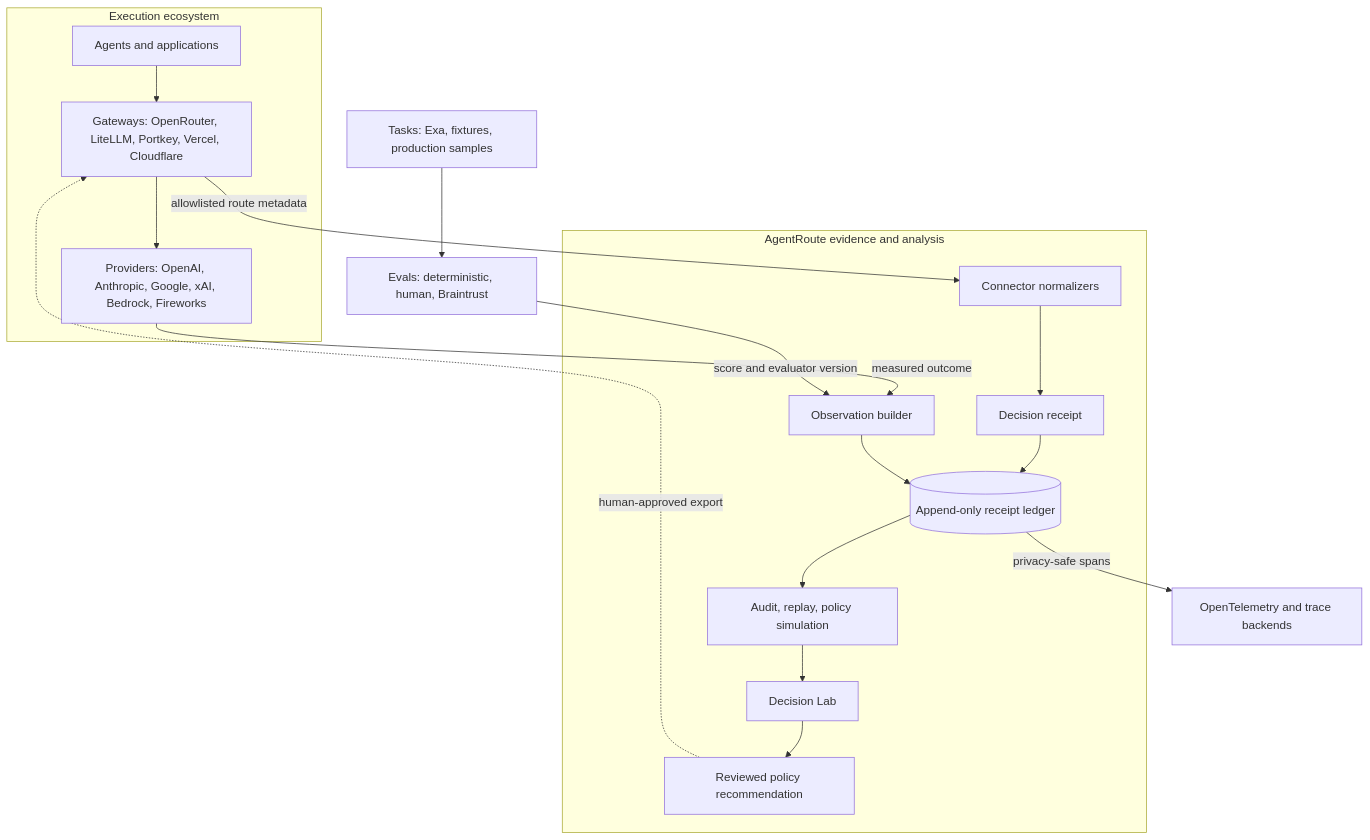
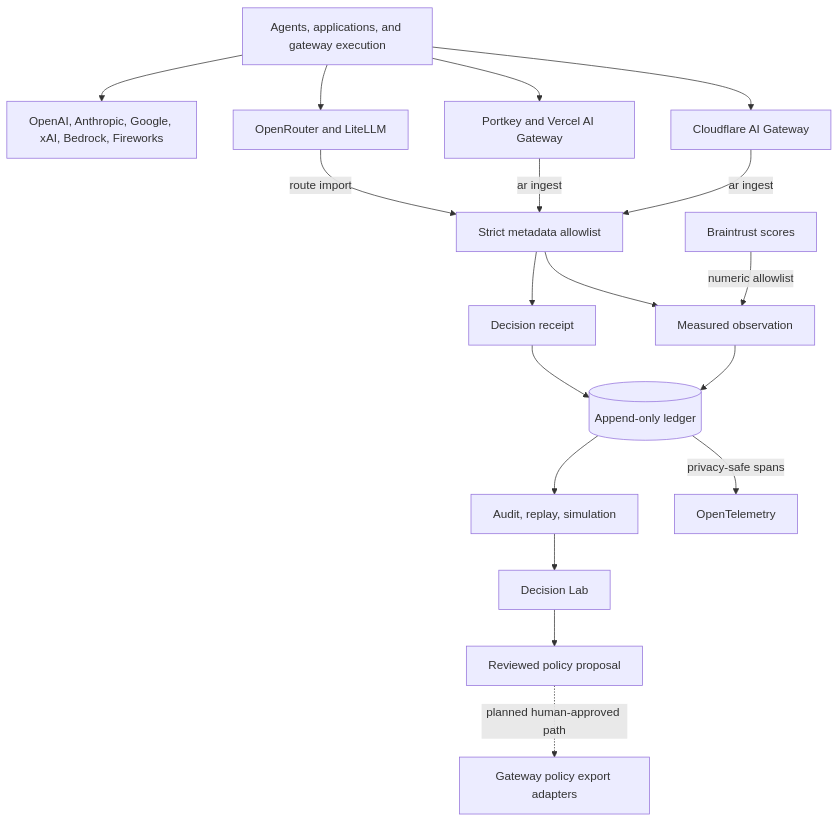
One commit to abhid1234/AgentRoute changed the diagram in docs/architecture.md. Above: the diagram before and after it, drawn with Mermaid. The commit also changed other lines of this file and 17 other files, not shown here.

Commit message:
feat: add vendor gateway ingest adapters

````diff
--- a/docs/architecture.md
+++ b/docs/architecture.md
@@ -8,24 +8,20 @@
 ```mermaid
 flowchart TB
-  subgraph execution[Execution ecosystem]
-    APP[Agents and applications] --> GW[Gateways: OpenRouter, LiteLLM, Portkey, Vercel, Cloudflare]
-    GW --> PROVIDERS[Providers: OpenAI, Anthropic, Google, xAI, Bedrock, Fireworks]
-  end
-
-  GW -->|allowlisted route metadata| NORMALIZE[Connector normalizers]
-  PROVIDERS -->|measured outcome| OBSERVE[Observation builder]
-
-  subgraph agentroute[AgentRoute evidence and analysis]
-    NORMALIZE --> DECISION[Decision receipt]
-    DECISION --> LEDGER[(Append-only receipt ledger)]
-    OBSERVE --> LEDGER
-    LEDGER --> ANALYZE[Audit, replay, policy simulation]
-    ANALYZE --> LAB[Decision Lab]
-    LAB --> POLICY[Reviewed policy recommendation]
-  end
-
-  TASKS[Tasks: Exa, fixtures, production samples] --> EVAL[Evals: deterministic, human, Braintrust]
-  EVAL -->|score and evaluator version| OBSERVE
-  LEDGER -->|privacy-safe spans| OTEL[OpenTelemetry and trace backends]
-  POLICY -. human-approved export .-> GW
+  APP[Agents, applications, and gateway execution] --> PROVIDERS[OpenAI, Anthropic, Google, xAI, Bedrock, Fireworks]
+  APP --> ROUTERS[OpenRouter and LiteLLM]
+  APP --> CONTROL[Portkey and Vercel AI Gateway]
+  APP --> EDGE[Cloudflare AI Gateway]
+  ROUTERS -->|route import| ALLOW[Strict metadata allowlist]
+  CONTROL -->|ar ingest| ALLOW
+  EDGE -->|ar ingest| ALLOW
+  BRAIN[Braintrust scores] -->|numeric allowlist| OBSERVE
+  ALLOW --> DECISION[Decision receipt]
+  ALLOW --> OBSERVE[Measured observation]
+  DECISION --> LEDGER[(Append-only ledger)]
+  OBSERVE --> LEDGER
+  LEDGER --> ANALYZE[Audit, replay, simulation]
+  ANALYZE --> LAB[Decision Lab]
+  LEDGER -->|privacy-safe spans| OTEL[OpenTelemetry]
+  LAB --> POLICY[Reviewed policy proposal]
+  POLICY -. planned human-approved path .-> EXPORT[Gateway policy export adapters]
 ```
````
